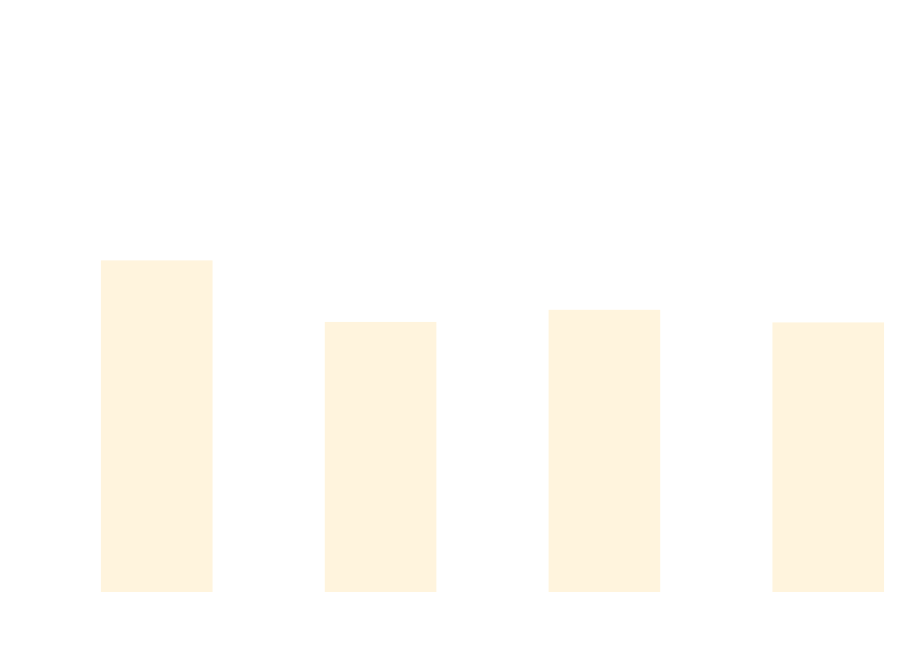
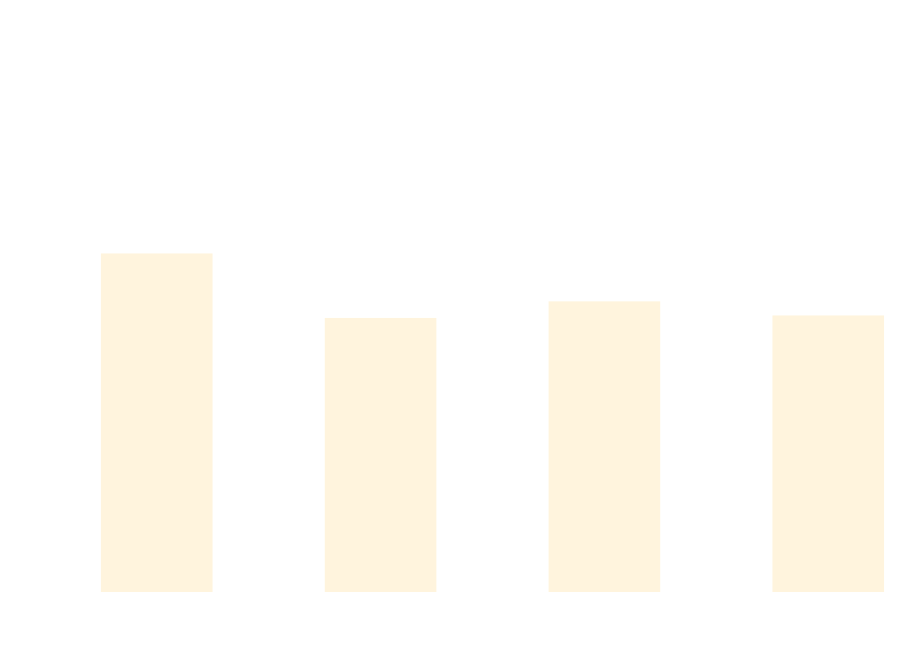
One commit to thomhurst/TUnit changed the diagram in docs/docs/benchmarks/BuildTime.md. Above: the diagram before and after it, drawn with Mermaid. The commit also changed other lines of this file and 17 other files, not shown here.

````diff
--- a/docs/docs/benchmarks/BuildTime.md
+++ b/docs/docs/benchmarks/BuildTime.md
@@ -28,37 +28,37 @@
 ```mermaid
 %%{init: {
   'theme':'base',
   'themeVariables': {
     'primaryColor': '#2563eb',
     'primaryTextColor': '#ffffff',
     'primaryBorderColor': '#1e40af',
     'lineColor': '#6b7280',
     'secondaryColor': '#7c3aed',
     'tertiaryColor': '#dc2626',
     'background': '#ffffff',
     'mainBkg': '#2563eb',
     'secondBkg': '#7c3aed',
     'tertiaryBkg': '#dc2626',
     'clusterBkg': '#f3f4f6',
     'edgeLabelBackground': '#ffffff',
     'tertiaryTextColor': '#1f2937',
     'pie1': '#2563eb',
     'pie2': '#7c3aed',
     'pie3': '#dc2626',
     'pie4': '#f59e0b',
     'pie5': '#10b981',
     'pie6': '#06b6d4',
     'pie7': '#ec4899',
     'pie8': '#6366f1',
     'pie9': '#84cc16',
     'pie10': '#f97316',
     'pie11': '#14b8a6',
     'pie12': '#a855f7'
   }
 }}%%
 xychart-beta
   title "Build Time Comparison"
   x-axis ["Build_TUnit", "Build_NUnit", "Build_MSTest", "Build_xUnit3"]
   y-axis "Time (s)" 0 --> 3
-  bar [1.928, 1.557, 1.63, 1.554]
+  bar [1.97, 1.581, 1.681, 1.596]
 ```
````
